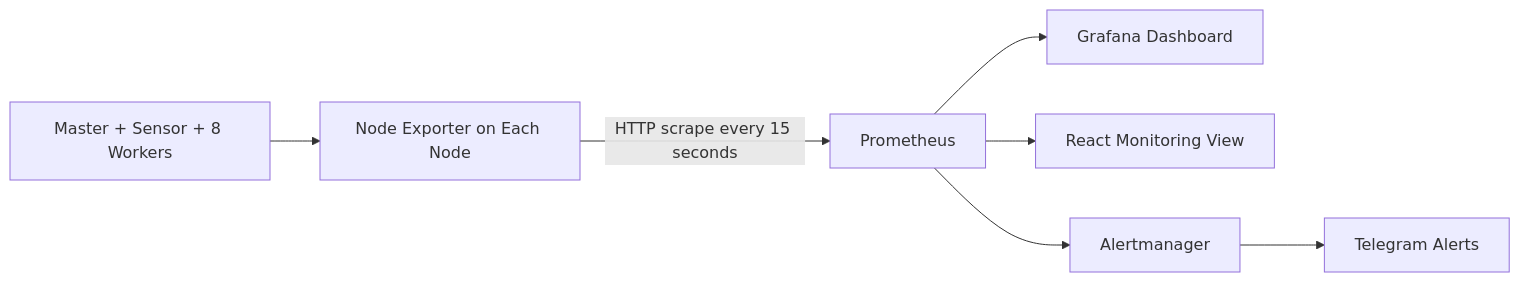
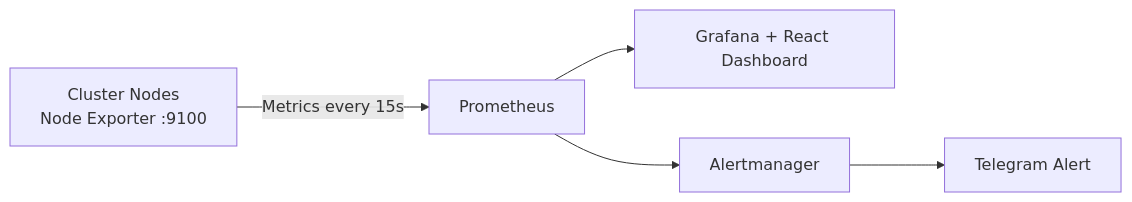
The sixth of 6 diagrams in task7-backend-documentation.md (azazmuzaffar/Newlauncher-5.0), drawn with Mermaid before and after one commit. The commit also changed other lines of this file, not shown here.

````diff
--- a/task7-backend-documentation.md
+++ b/task7-backend-documentation.md
@@ -498,9 +500,7 @@
 ```mermaid
 flowchart LR
-    A[Master + Sensor + 8 Workers] --> B[Node Exporter on Each Node]
-    B -->|HTTP scrape every 15 seconds| C[Prometheus]
-    C --> D[Grafana Dashboard]
-    C --> E[React Monitoring View]
-    C --> F[Alertmanager]
-    F --> G[Telegram Alerts]
+    N["Cluster Nodes<br/>Node Exporter :9100"] -->|"Metrics every 15s"| P["Prometheus"]
+    P --> G["Grafana + React Dashboard"]
+    P --> A["Alertmanager"]
+    A --> T["Telegram Alert"]
 ```
````
